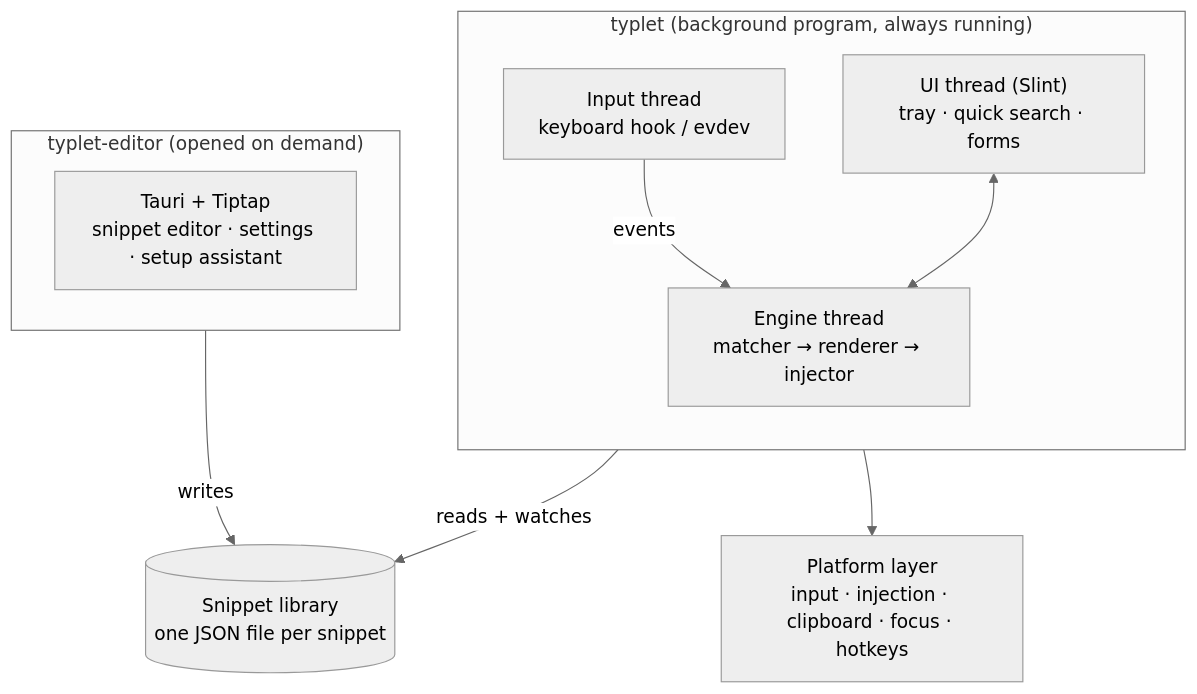
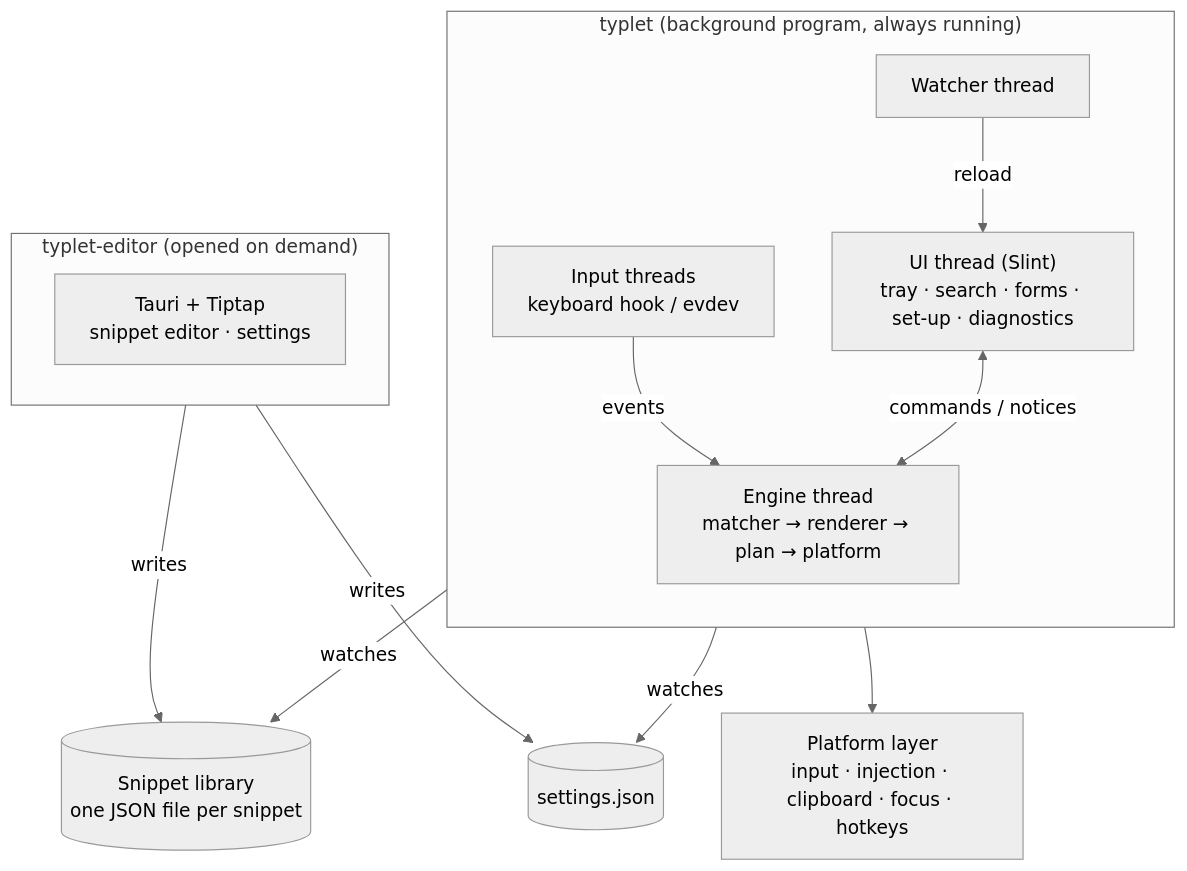
Before and after one commit to typlet-app/typlet: the first of 2 diagrams in docs/architecture.md, drawn with Mermaid (neutral theme). The commit also changed other lines of this file and 95 other files, not shown here.

Commit message:
feat: keyboard engine, background program, quick search and forms (M2, M3) (#1)

````diff
--- a/docs/architecture.md
+++ b/docs/architecture.md
@@ -16,15 +16,19 @@
 ```mermaid
 flowchart TB
     subgraph BG["typlet (background program, always running)"]
         direction TB
-        H["Input thread<br/>keyboard hook / evdev"] -->|events| E["Engine thread<br/>matcher → renderer → injector"]
-        UI["UI thread (Slint)<br/>tray · quick search · forms"] <--> E
+        H["Input threads<br/>keyboard hook / evdev"] -->|events| E["Engine thread<br/>matcher → renderer → plan → platform"]
+        UI["UI thread (Slint)<br/>tray · search · forms · set-up · diagnostics"] <-->|commands / notices| E
+        W["Watcher thread"] -->|reload| UI
     end
     subgraph ED["typlet-editor (opened on demand)"]
-        T["Tauri + Tiptap<br/>snippet editor · settings · setup assistant"]
+        T["Tauri + Tiptap<br/>snippet editor · settings"]
     end
     L[("Snippet library<br/>one JSON file per snippet")]
+    S[("settings.json")]
     E --> P["Platform layer<br/>input · injection · clipboard · focus · hotkeys"]
-    BG -->|reads + watches| L
+    W -->|watches| L
+    W -->|watches| S
     ED -->|writes| L
+    ED -->|writes| S
 ```
````
